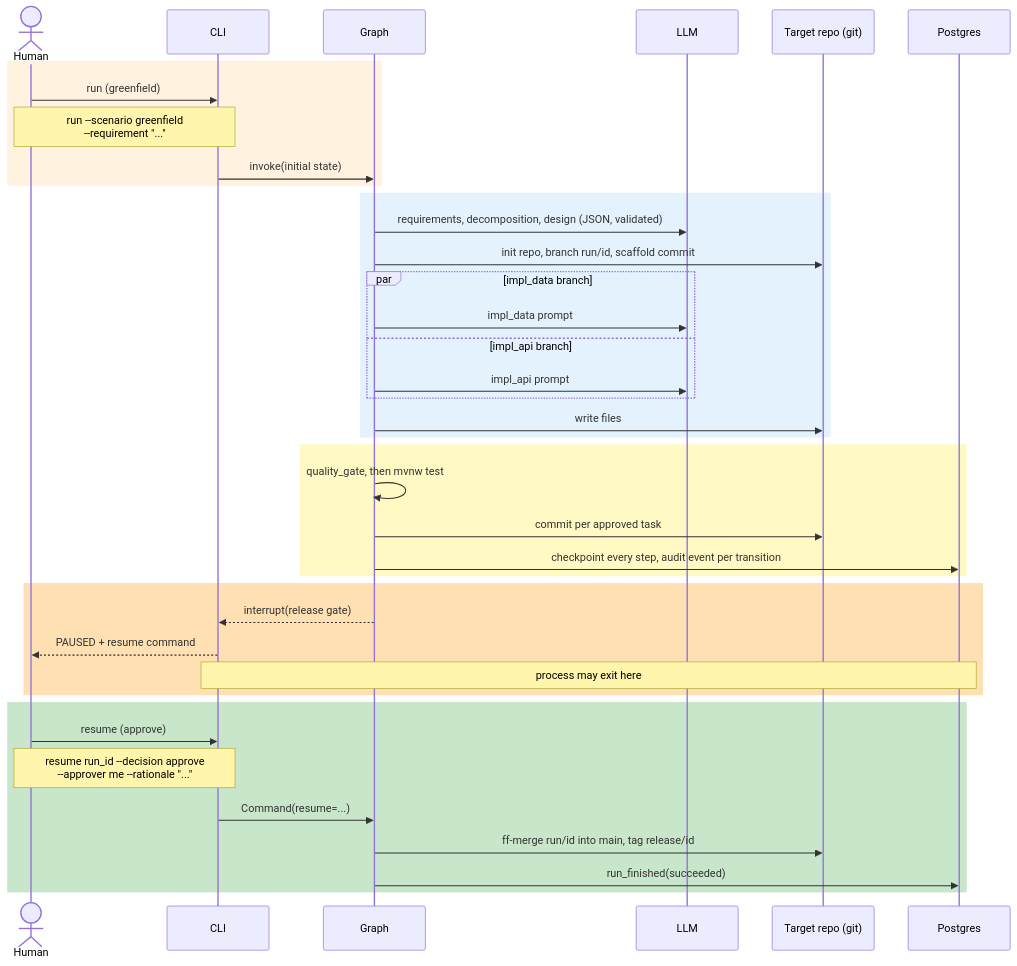
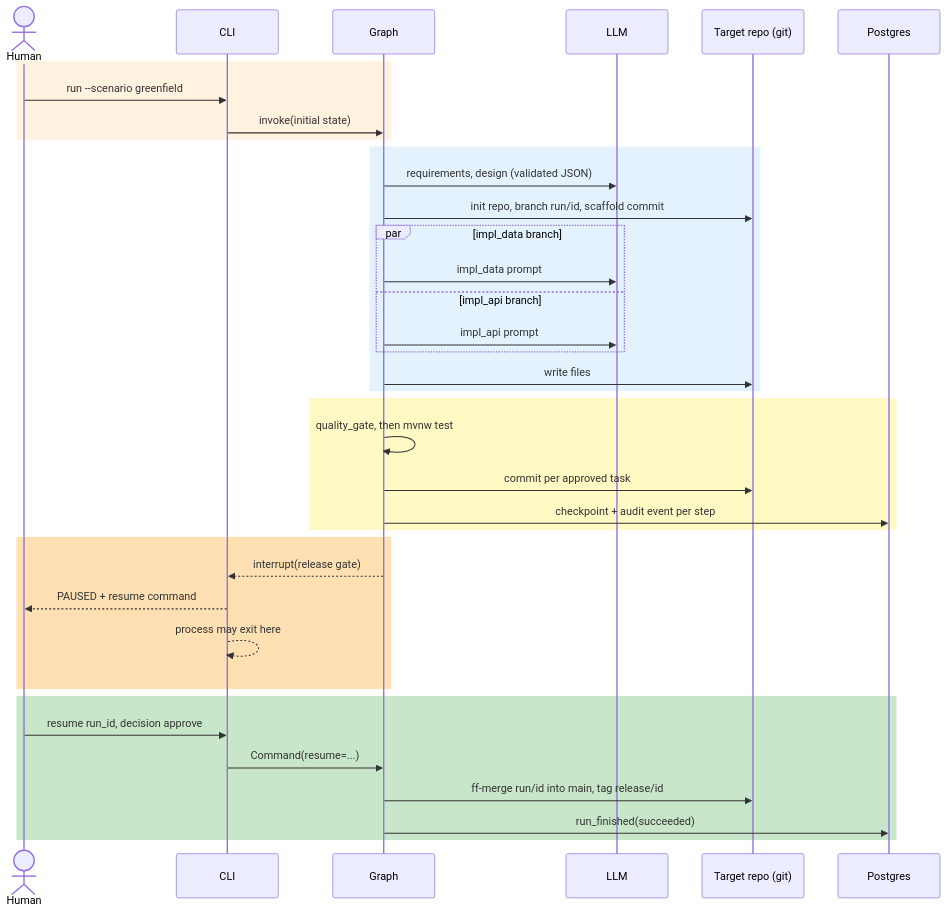
Before and after one commit to ajayrahul11/agentic-sdlc-system: the third of 5 diagrams in README.md, drawn with Mermaid. The commit also changed other lines of this file and 93 other files, not shown here.

````diff
--- a/README.md
+++ b/README.md
@@ -157,41 +177,39 @@
 ```mermaid
 sequenceDiagram
     actor H as Human
     participant C as CLI
     participant G as Graph
     participant L as LLM
     participant R as Target repo (git)
     participant DB as Postgres
     rect rgb(255, 243, 224)
-    H->>C: run (greenfield)
-    Note over H,C: run --scenario greenfield<br/>--requirement "..."
+    H->>C: run --scenario greenfield
     C->>G: invoke(initial state)
     end
     rect rgb(227, 242, 253)
-    G->>L: requirements, decomposition, design (JSON, validated)
+    G->>L: requirements, design (validated JSON)
     G->>R: init repo, branch run/id, scaffold commit
     par impl_data branch
         G->>L: impl_data prompt
     and impl_api branch
         G->>L: impl_api prompt
     end
     G->>R: write files
     end
     rect rgb(255, 249, 196)
     G->>G: quality_gate, then mvnw test
     G->>R: commit per approved task
-    G->>DB: checkpoint every step, audit event per transition
+    G->>DB: checkpoint + audit event per step
     end
     rect rgb(255, 224, 178)
     G-->>C: interrupt(release gate)
     C-->>H: PAUSED + resume command
-    Note over C,DB: process may exit here
+    C-->>C: process may exit here
     end
     rect rgb(200, 230, 201)
-    H->>C: resume (approve)
-    Note over H,C: resume run_id --decision approve<br/>--approver me --rationale "..."
+    H->>C: resume run_id, decision approve
     C->>G: Command(resume=...)
     G->>R: ff-merge run/id into main, tag release/id
     G->>DB: run_finished(succeeded)
     end
 ```
````
